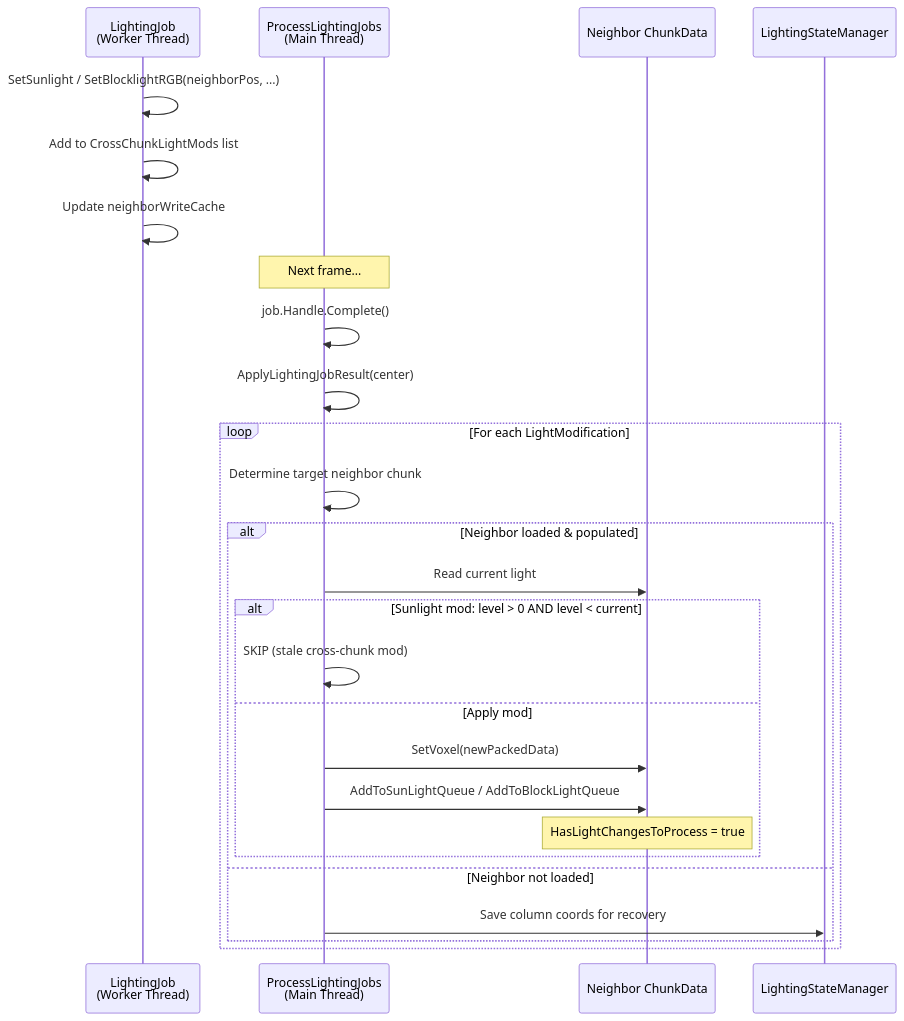
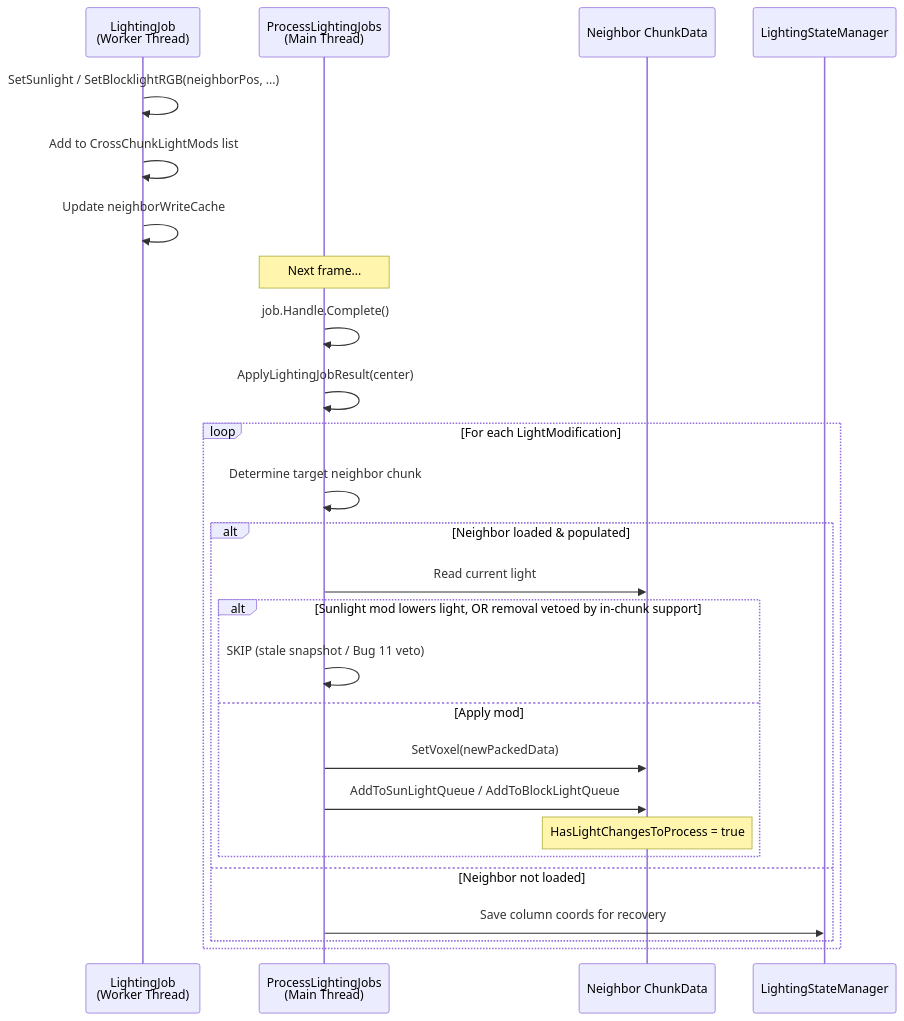
The sixth of 8 diagrams in Documentation/Architecture/CHUNK_LIFECYCLE_PIPELINE.md (A-Van-Gestel/Unity-Minecraft_Clone), drawn with Mermaid before and after one commit. The commit also changed other lines of this file and 1 other file, not shown here.

Commit message:
Docs: sync lighting + chunk-lifecycle docs to current code — applier guards/Bug 11 veto, iterative edge-check rounds, AreNeighborsMeshReady gate, shared LightAttenuation, stale line-numbers & symbol names

````diff
--- a/Documentation/Architecture/CHUNK_LIFECYCLE_PIPELINE.md
+++ b/Documentation/Architecture/CHUNK_LIFECYCLE_PIPELINE.md
@@ -349,29 +349,29 @@
 ```mermaid
 sequenceDiagram
     participant Job as LightingJob<br/>(Worker Thread)
     participant Main as ProcessLightingJobs<br/>(Main Thread)
     participant NChunk as Neighbor ChunkData
     participant LSM as LightingStateManager
     Job ->> Job: SetSunlight / SetBlocklightRGB(neighborPos, ...)
     Job ->> Job: Add to CrossChunkLightMods list
     Job ->> Job: Update neighborWriteCache
     Note over Main: Next frame...
     Main ->> Main: job.Handle.Complete()
     Main ->> Main: ApplyLightingJobResult(center)
 
     loop For each LightModification
         Main ->> Main: Determine target neighbor chunk
         alt Neighbor loaded & populated
             Main ->> NChunk: Read current light
-            alt Sunlight mod: level > 0 AND level < current
-                Main ->> Main: SKIP (stale cross-chunk mod)
+            alt Sunlight mod lowers light, OR removal vetoed by in-chunk support
+                Main ->> Main: SKIP (stale snapshot / Bug 11 veto)
             else Apply mod
                 Main ->> NChunk: SetVoxel(newPackedData)
                 Main ->> NChunk: AddToSunLightQueue / AddToBlockLightQueue
                 Note over NChunk: HasLightChangesToProcess = true
             end
         else Neighbor not loaded
             Main ->> LSM: Save column coords for recovery
         end
     end
 ```
````
